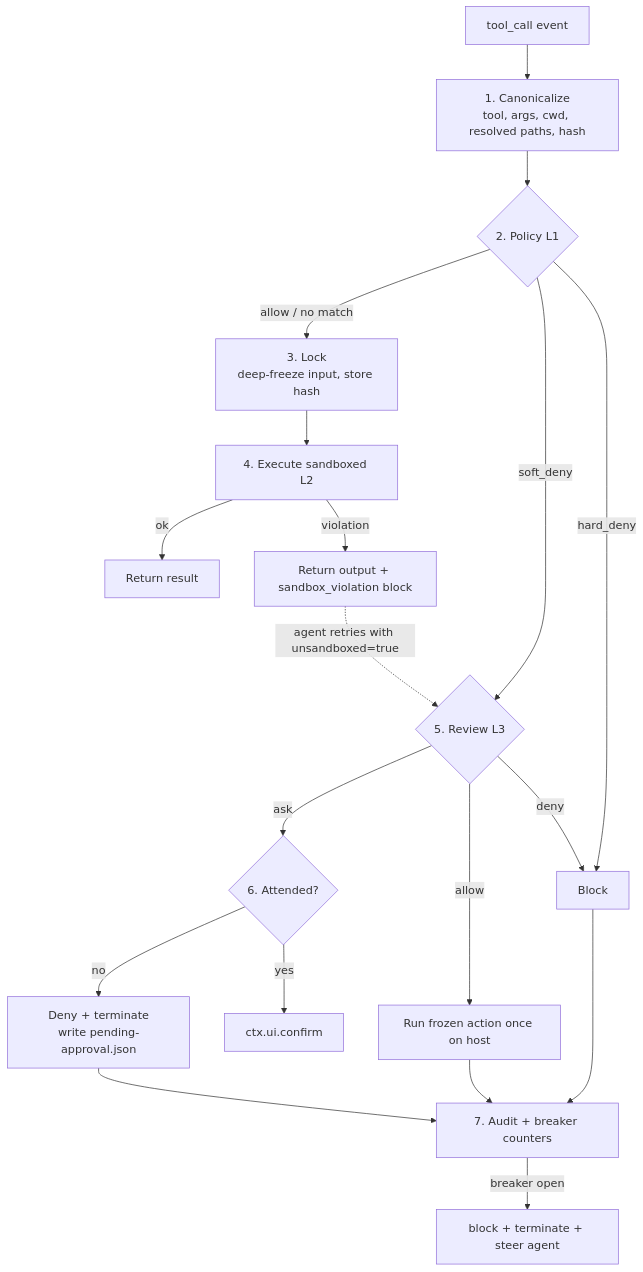
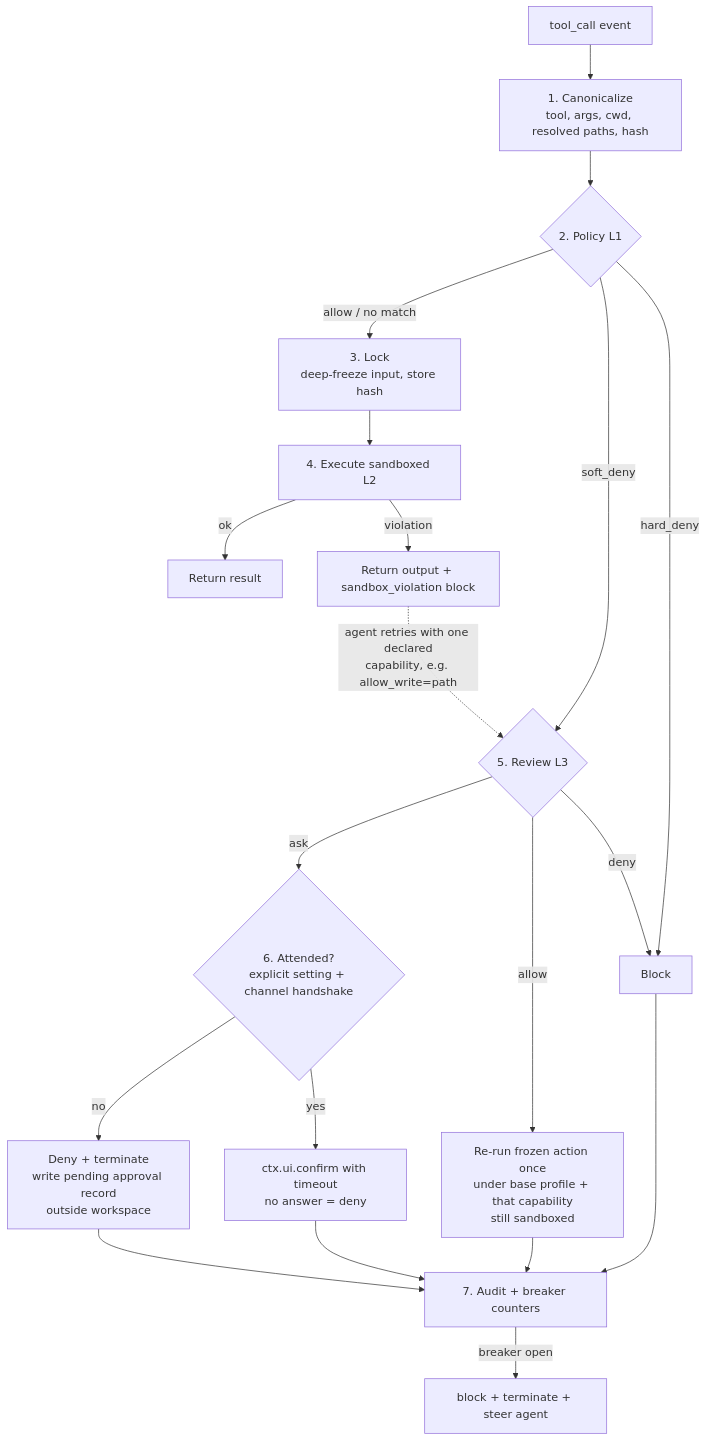
The diagram in README.md (frycm/pi-enclave), drawn with Mermaid before and after one commit. The commit also changed other lines of this file, not shown here.

First line of the commit message:
docs: address PR #1 review — close the sandbox escape paths in the v0.1 design

````diff
--- a/README.md
+++ b/README.md
@@ -133,21 +155,22 @@
 ```mermaid
 flowchart TD
     A[tool_call event] --> B[1. Canonicalize<br/>tool, args, cwd, resolved paths, hash]
     B --> C{2. Policy L1}
     C -->|hard_deny| X[Block]
     C -->|allow / no match| D[3. Lock<br/>deep-freeze input, store hash]
     C -->|soft_deny| R
     D --> E[4. Execute sandboxed L2]
     E -->|ok| OK[Return result]
     E -->|violation| V[Return output + sandbox_violation block]
-    V -.->|agent retries with unsandboxed=true| R{5. Review L3}
-    R -->|allow| RUN[Run frozen action once on host]
+    V -.->|agent retries with one declared<br/>capability, e.g. allow_write=path| R{5. Review L3}
+    R -->|allow| RUN[Re-run frozen action once<br/>under base profile + that capability<br/>still sandboxed]
     R -->|deny| X
-    R -->|ask| ESC{6. Attended?}
-    ESC -->|yes| CONFIRM[ctx.ui.confirm]
-    ESC -->|no| PEND[Deny + terminate<br/>write pending-approval.json]
+    R -->|ask| ESC{6. Attended?<br/>explicit setting + channel handshake}
+    ESC -->|yes| CONFIRM[ctx.ui.confirm with timeout<br/>no answer = deny]
+    ESC -->|no| PEND[Deny + terminate<br/>write pending approval record<br/>outside workspace]
     X --> ACC[7. Audit + breaker counters]
     RUN --> ACC
+    CONFIRM --> ACC
     PEND --> ACC
     ACC -->|breaker open| TERM[block + terminate + steer agent]
 ```
````
